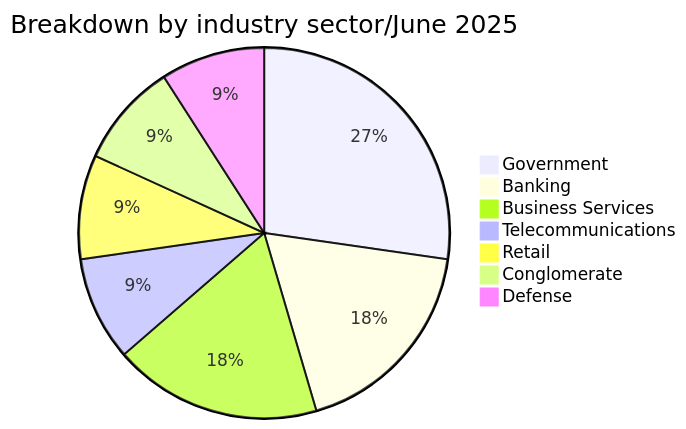
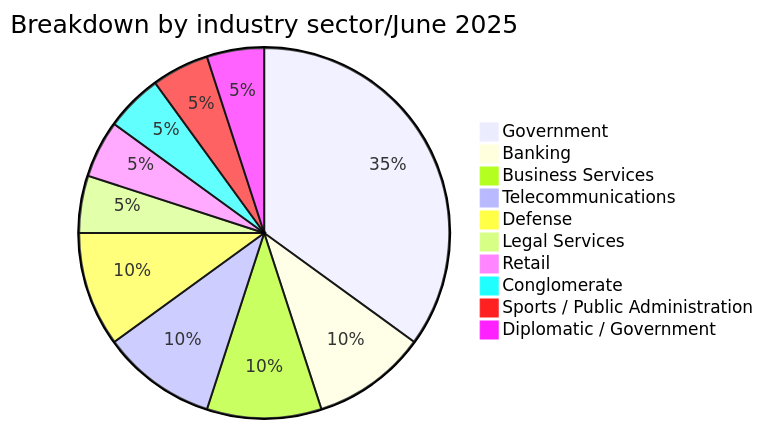
The second of 5 diagrams in CyberAttackAfrica/2025/06-june/README.md (Hatchepsoute/AFRINTEL), drawn with Mermaid before and after one commit. The commit also changed other lines of this file and 255 other files, not shown here.

````diff
--- a/CyberAttackAfrica/2025/06-june/README.md
+++ b/CyberAttackAfrica/2025/06-june/README.md
@@ -60,10 +71,13 @@
 ```mermaid
 pie title Breakdown by industry sector/June 2025
-    "Government" : 3
+    "Government" : 7
     "Banking" : 2
     "Business Services" : 2
-    "Telecommunications" : 1
+    "Telecommunications" : 2
+    "Defense" : 2
+    "Legal Services" : 1
     "Retail" : 1
     "Conglomerate" : 1
-    "Defense" : 1
+    "Sports / Public Administration" : 1
+    "Diplomatic / Government" : 1
 ```
````
